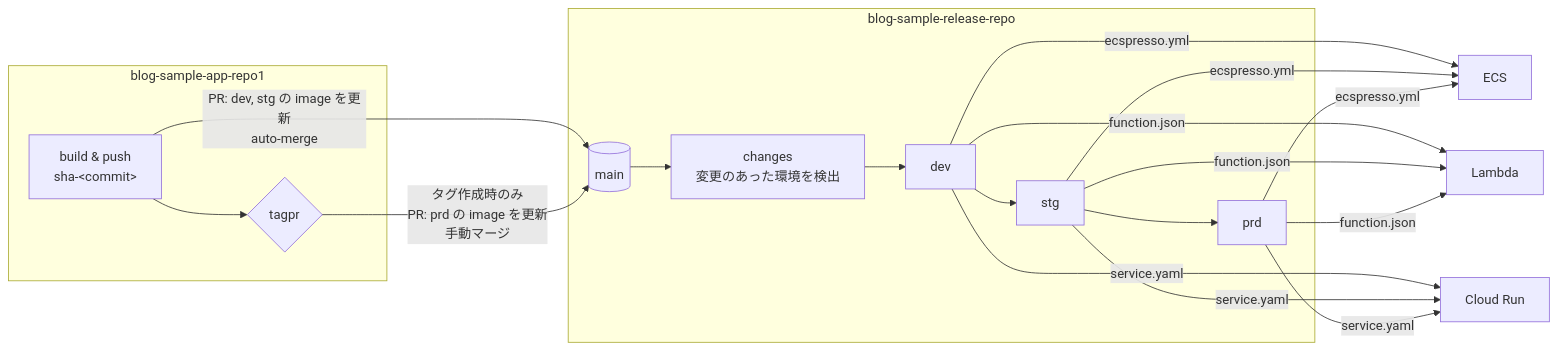
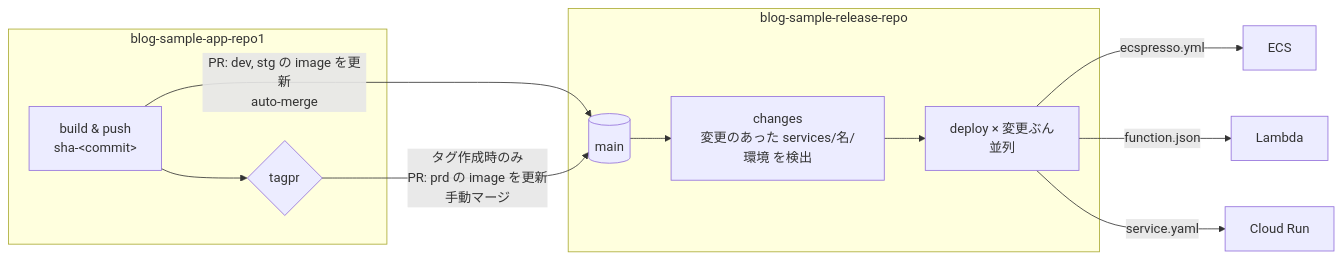
One commit to gainings/blog-sample-release-repo changed the diagram in README.md. Above: the diagram before and after it, drawn with Mermaid. The commit also changed other lines of this file, not shown here.

Commit message:
README: release repo applies changed environments without ordering

````diff
--- a/README.md
+++ b/README.md
@@ -18,14 +19,14 @@
 ```mermaid
 flowchart LR
     subgraph app[blog-sample-app-repo1]
         B[build & push<br/>sha-&lt;commit&gt;] --> T{tagpr}
     end
     B -->|PR: dev, stg の image を更新<br/>auto-merge| M[(main)]
     T -->|タグ作成時のみ<br/>PR: prd の image を更新<br/>手動マージ| M
     subgraph rel[blog-sample-release-repo]
-        M --> C[changes<br/>変更のあった環境を検出] --> D[dev] --> S[stg] --> P[prd]
+        M --> C[changes<br/>変更のあった services/名/環境 を検出] --> X[deploy × 変更ぶん<br/>並列]
     end
-    D & S & P -->|ecspresso.yml| ECS[ECS]
-    D & S & P -->|function.json| LMB[Lambda]
-    D & S & P -->|service.yaml| CR[Cloud Run]
+    X -->|ecspresso.yml| ECS[ECS]
+    X -->|function.json| LMB[Lambda]
+    X -->|service.yaml| CR[Cloud Run]
 ```
````
